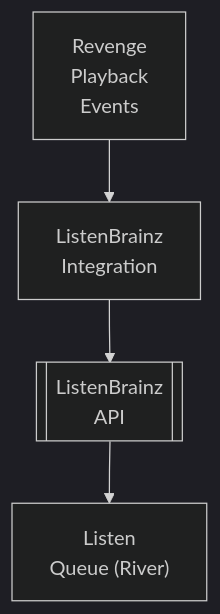
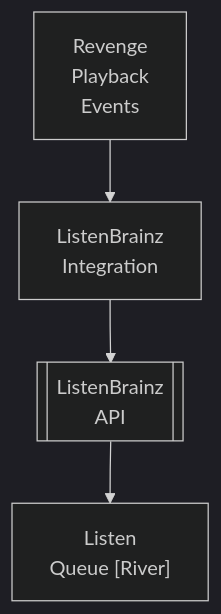
The diagram in docs/dev/design/integrations/scrobbling/LISTENBRAINZ.md (lusoris/revenge), drawn with Mermaid (dark theme) before and after one commit. The commit also changed 194 other files, not shown here.

First line of the commit message:
fix(docs): Escape parentheses in Mermaid labels to prevent parse errors

````diff
--- a/docs/dev/design/integrations/scrobbling/LISTENBRAINZ.md
+++ b/docs/dev/design/integrations/scrobbling/LISTENBRAINZ.md
@@ -58,10 +58,10 @@
 ```mermaid
 flowchart TD
     node1["Revenge<br/>Playback<br/>Events"]
     node2["ListenBrainz<br/>Integration"]
     node3[[ListenBrainz<br/>API]]
-    node4["Listen<br/>Queue (River)"]
+    node4["Listen<br/>Queue [River]"]
     node1 --> node2
     node2 --> node3
     node3 --> node4
 ```
````
